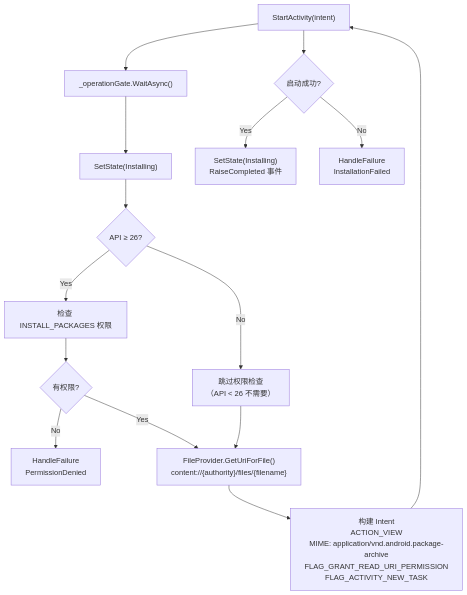
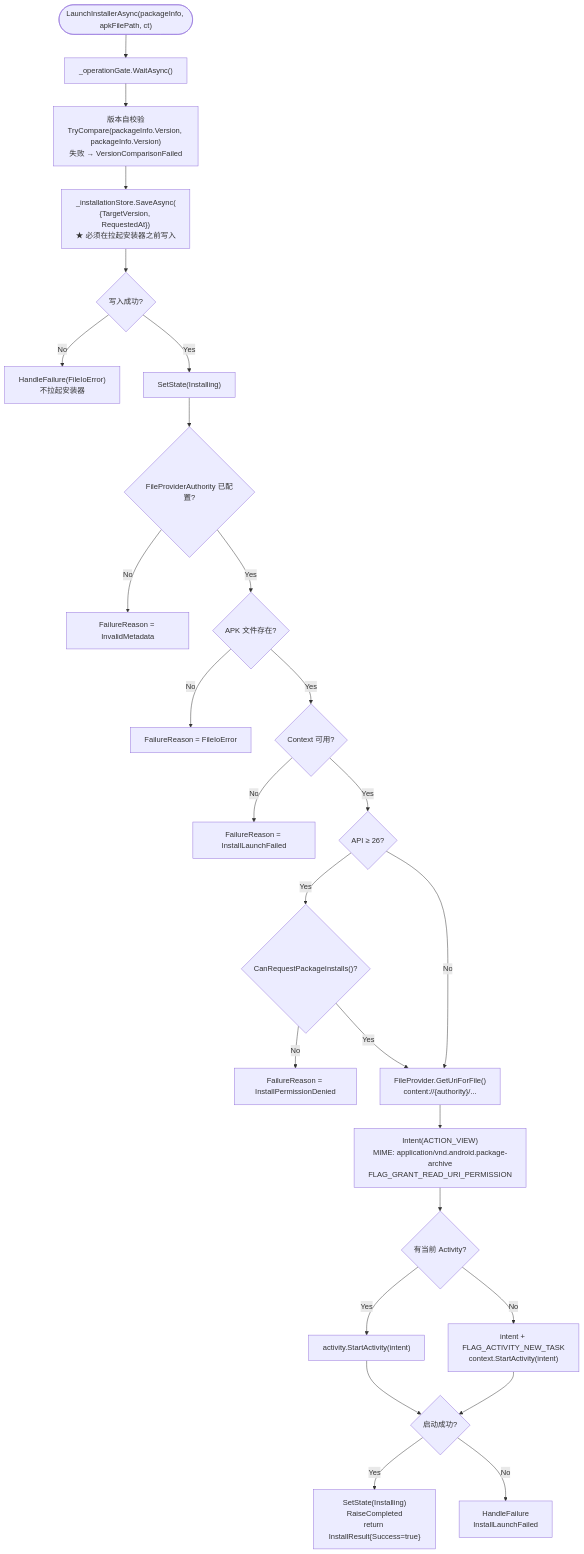
The sixth of 7 diagrams in website/docs/doc/Avalonia.Android-flow.md (GeneralLibrary/GeneralUpdate-Samples), drawn with Mermaid before and after one commit. The commit also changed other lines of this file and 8 other files, not shown here.

````diff
--- a/website/docs/doc/Avalonia.Android-flow.md
+++ b/website/docs/doc/Avalonia.Android-flow.md
@@ -345,24 +450,32 @@
 ```mermaid
 flowchart TB
-    START(["LaunchInstallerAsync(packageInfo, apkFilePath)"]) --> GATE["_operationGate.WaitAsync()"]
+    START(["LaunchInstallerAsync(packageInfo, apkFilePath, ct)"]) --> GATE["_operationGate.WaitAsync()"]
+    GATE --> VC["版本自校验\nTryCompare(packageInfo.Version, packageInfo.Version)\n失败 → VersionComparisonFailed"]
+    VC --> SAVE["_installationStore.SaveAsync(\n{TargetVersion, RequestedAt})\n★ 必须在拉起安装器之前写入"]
+    SAVE --> SAVE_OK{"写入成功?"}
+    SAVE_OK -- "No" --> FAIL_SAVE["HandleFailure(FileIoError)\n不拉起安装器"]
+    SAVE_OK -- "Yes" --> SET["SetState(Installing)"]
 
-    GATE --> SET["SetState(Installing)"]
+    SET --> AUTH{"FileProviderAuthority 已配置?"}
+    AUTH -- "No" --> FAIL_AUTH["FailureReason = InvalidMetadata"]
+    AUTH -- "Yes" --> EXISTS{"APK 文件存在?"}
+    EXISTS -- "No" --> FAIL_IO["FailureReason = FileIoError"]
+    EXISTS -- "Yes" --> CTX{"Context 可用?"}
+    CTX -- "No" --> FAIL_CTX["FailureReason = InstallLaunchFailed"]
+    CTX -- "Yes" --> API{"API ≥ 26?"}
 
-    SET --> CHECK_API{"API ≥ 26?"}
-    CHECK_API -- "Yes" --> CHECK_PERM["检查 INSTALL_PACKAGES 权限"]
-    CHECK_API -- "No" --> SKIP_PERM["跳过权限检查\n（API < 26 不需要）"]
+    API -- "Yes" --> PERM{"CanRequestPackageInstalls()?"}
+    PERM -- "No" --> FAIL_PERM["FailureReason = InstallPermissionDenied"]
+    PERM -- "Yes" --> URI
+    API -- "No" --> URI["FileProvider.GetUriForFile()\ncontent://{authority}/..."]
 
-    CHECK_PERM --> PERM_OK{"有权限?"}
-    PERM_OK -- "No" --> FAIL_PERM["HandleFailure\nPermissionDenied"]
-    PERM_OK -- "Yes" --> URI
+    URI --> INTENT["Intent(ACTION_VIEW)\nMIME: application/vnd.android.package-archive\nFLAG_GRANT_READ_URI_PERMISSION"]
+    INTENT --> WHICH{"有当前 Activity?"}
+    WHICH -- "Yes" --> ACT["activity.StartActivity(intent)"]
+    WHICH -- "No" --> APP["intent + FLAG_ACTIVITY_NEW_TASK\ncontext.StartActivity(intent)"]
 
-    SKIP_PERM --> URI["FileProvider.GetUriForFile()\ncontent://{authority}/files/{filename}"]
-
-    URI --> INTENT["构建 Intent\nACTION_VIEW\nMIME: application/vnd.android.package-archive\nFLAG_GRANT_READ_URI_PERMISSION\nFLAG_ACTIVITY_NEW_TASK"]
-
-    INTENT --> START["StartActivity(intent)"]
-
-    START --> RESULT{"启动成功?"}
-    RESULT -- "Yes" --> OK["SetState(Installing)\nRaiseCompleted 事件"]
-    RESULT -- "No" --> FAIL_START["HandleFailure\nInstallationFailed"]
+    ACT --> RESULT
+    APP --> RESULT{"启动成功?"}
+    RESULT -- "Yes" --> OK["SetState(Installing)\nRaiseCompleted\nreturn InstallResult{Success=true}"]
+    RESULT -- "No" --> FAIL_START["HandleFailure\nInstallLaunchFailed"]
 ```
````
